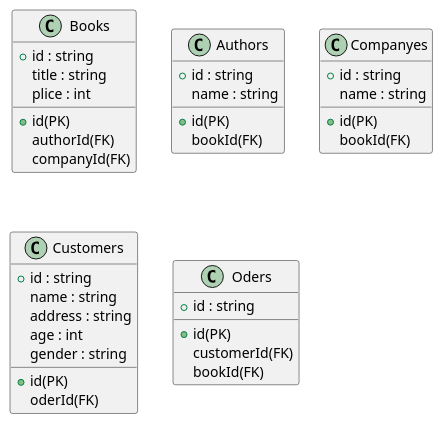
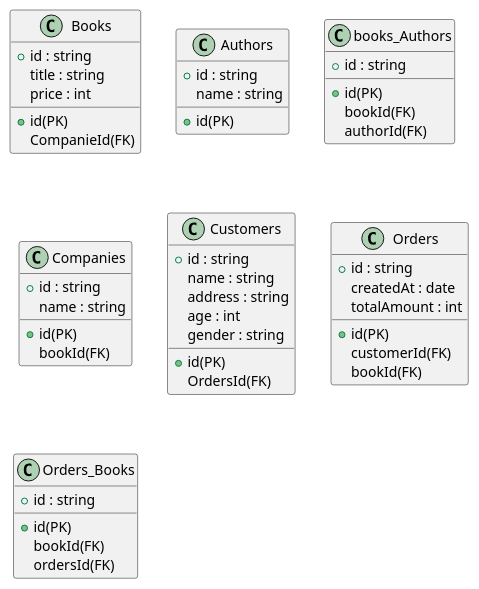
Before and after one commit to elabo-M0458/DB: the diagram in tables.pu, drawn with PlantUML. The commit also changed 1 other file, not shown here.

```diff
--- a/tables.pu
+++ b/tables.pu
@@ -1,46 +1,63 @@
 @startuml
 class Books {
     +id : string
     title : string
-    plice : int
+    price : int
 }
 
 Books : +id(PK)
-Books : authorId(FK)
-Books : companyId(FK)
+Books : CompanieId(FK)
 
 class Authors {
     +id : string
     name : string
 }
 
 Authors : +id(PK)
-Authors : bookId(FK)
 
-class Companyes{
+class books_Authors{
+    +id : string
+}
+
+books_Authors : +id(PK)
+books_Authors : bookId(FK)
+books_Authors : authorId(FK)
+
+class Companies{
     +id : string
     name : string
 }
 
-Companyes : +id(PK)
-Companyes : bookId(FK)
+Companies : +id(PK)
+Companies : bookId(FK)
 
 class Customers{
     +id : string
     name : string
     address : string
     age : int
     gender : string 
 }
 
 Customers : +id(PK)
-Customers : oderId(FK)
+Customers : OrdersId(FK)
 
-class Oders{
+class Orders{
+    +id : string
+    createdAt : date
+    totalAmount : int 
+}
+
+Orders : +id(PK)
+Orders : customerId(FK)
+Orders : bookId(FK)
+
+class Orders_Books{
     +id : string
 }
 
-Oders : +id(PK)
-Oders : customerId(FK)
-Oders : bookId(FK)
+Orders_Books : +id(PK)
+Orders_Books : bookId(FK)
+Orders_Books : ordersId(FK)
+
 @enduml
```
